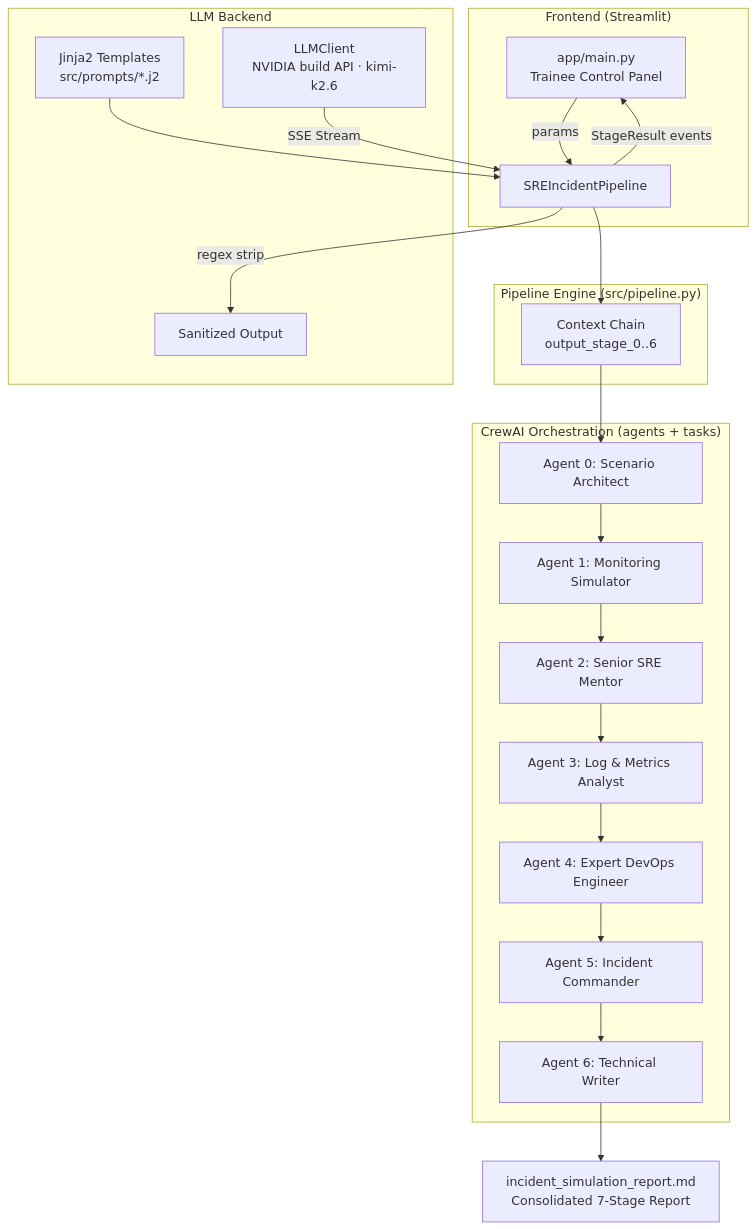
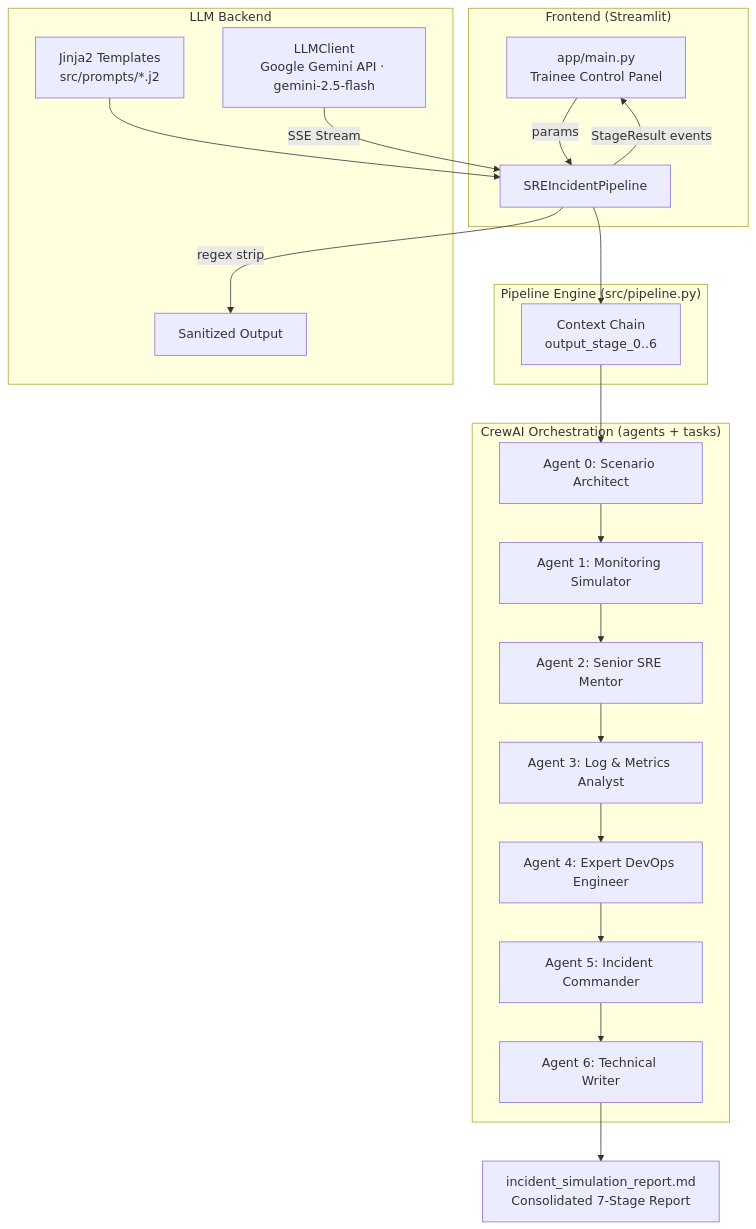
The diagram in README.md (minaNabil96/devops-incident-sim-pipeline), drawn with Mermaid before and after one commit. The commit also changed other lines of this file and 5 other files, not shown here.

First line of the commit message:
feat: switch LLM backend from NVIDIA build API to Google Gemini (OpenAI-compatible)

````diff
--- a/README.md
+++ b/README.md
@@ -61,29 +61,29 @@
 ```mermaid
 graph TD
     subgraph "Frontend (Streamlit)"
         UI[app/main.py<br/>Trainee Control Panel] -->|params| PIPE
         PIPE -->|StageResult events| UI
     end
 
     subgraph "Pipeline Engine (src/pipeline.py)"
         PIPE[SREIncidentPipeline] --> CTX[Context Chain<br/>output_stage_0..6]
     end
 
     subgraph "CrewAI Orchestration (agents + tasks)"
         CTX --> A0[Agent 0: Scenario Architect]
         A0 --> A1[Agent 1: Monitoring Simulator]
         A1 --> A2[Agent 2: Senior SRE Mentor]
         A2 --> A3[Agent 3: Log & Metrics Analyst]
         A3 --> A4[Agent 4: Expert DevOps Engineer]
         A4 --> A5[Agent 5: Incident Commander]
         A5 --> A6[Agent 6: Technical Writer]
     end
 
     subgraph "LLM Backend"
         TPL[Jinja2 Templates<br/>src/prompts/*.j2] --> PIPE
-        LLM[LLMClient<br/>NVIDIA build API · kimi-k2.6] -->|SSE Stream| PIPE
+        LLM[LLMClient<br/>Google Gemini API · gemini-2.5-flash] -->|SSE Stream| PIPE
         PIPE -->|regex <think> strip| CLEAN[Sanitized Output]
     end
 
     A6 --> RPT[incident_simulation_report.md<br/>Consolidated 7-Stage Report]
 ```
````
